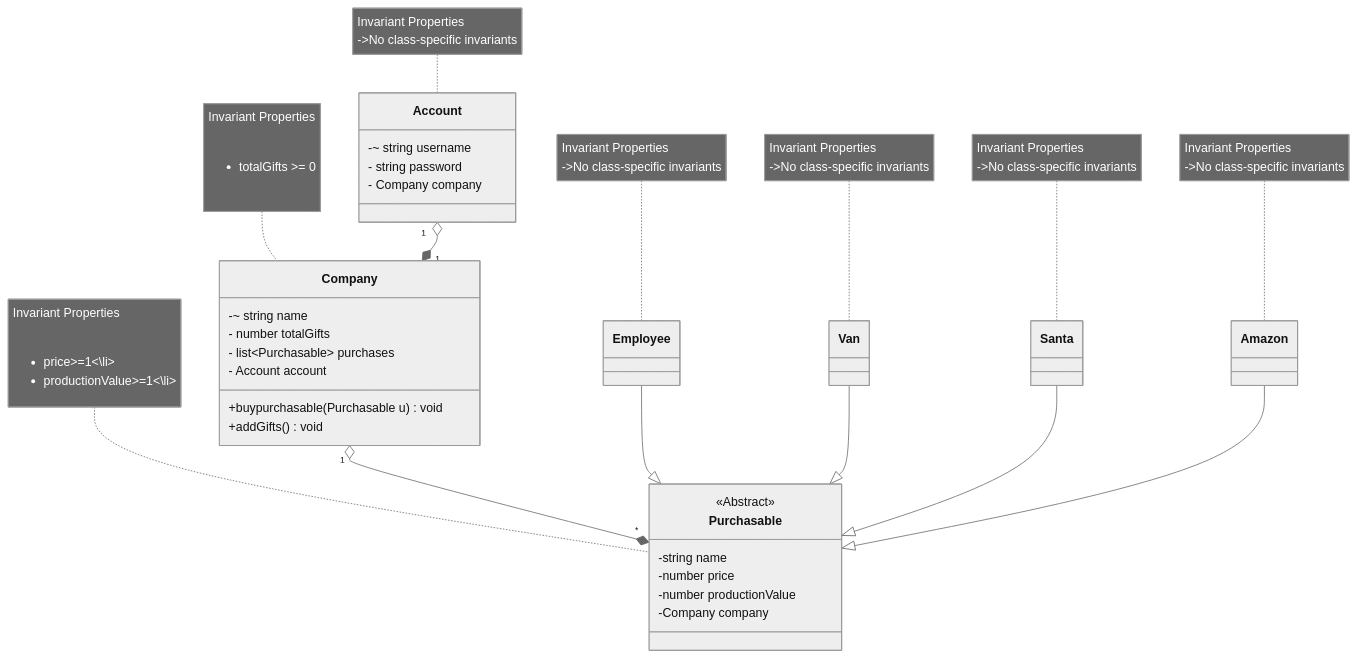
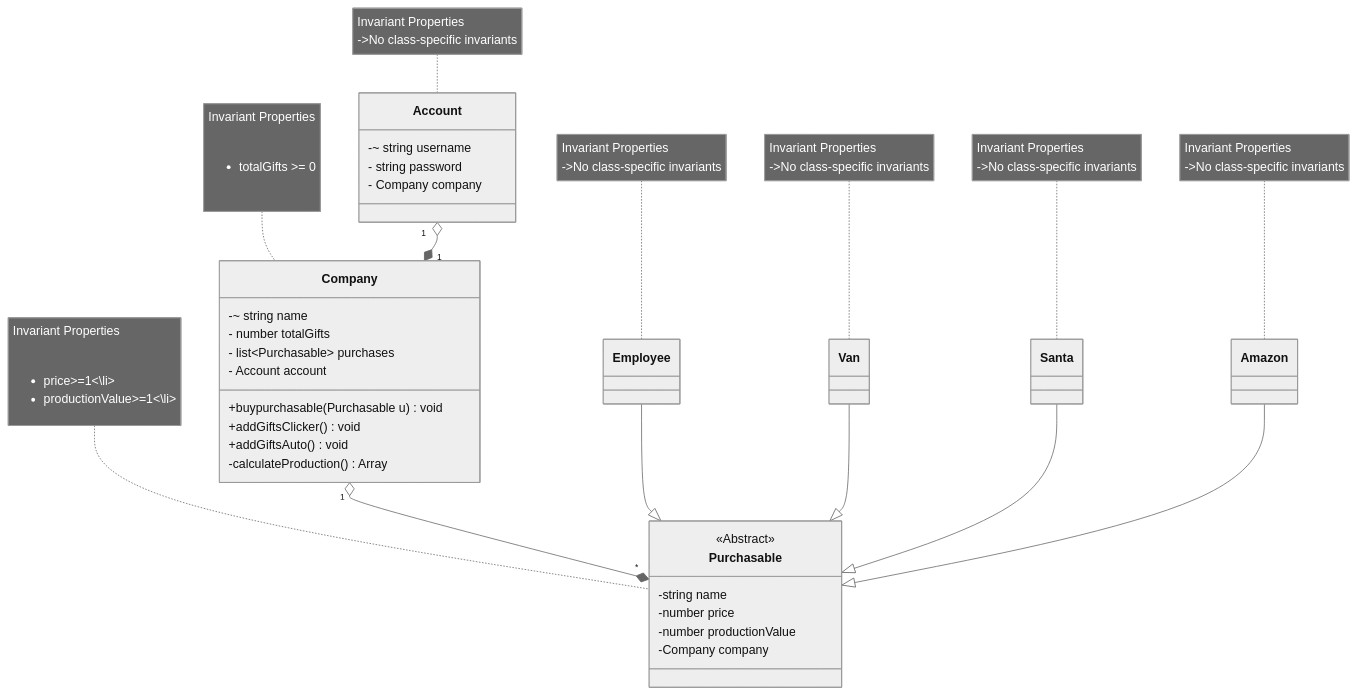
One commit to umangmehta0007/Clicker changed the diagram in domain.md. Above: the diagram before and after it, drawn with Mermaid (neutral theme). The commit also changed other lines of this file and 1 other file, not shown here.

Commit message:
methods were added to the Company Class, to calculate gifts, and that would be implemented by the controller.

```diff
--- a/domain.md
+++ b/domain.md
@@ -33,7 +33,9 @@
         - Account account
         
         +buypurchasable(Purchasable u) void
-        +addGifts() void 
+        +addGiftsClicker() void
+        +addGiftsAuto()void
+        -calculateProduction() Array<number>
         
     }
     note for Purchasable "Invariant Properties
```
